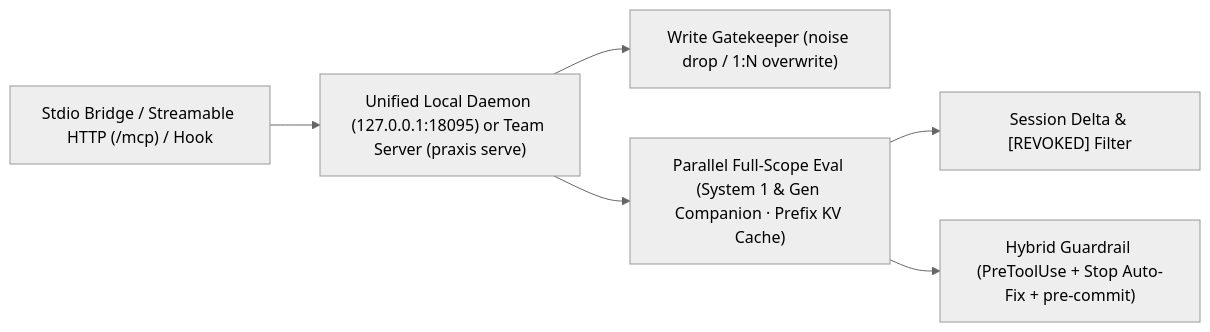
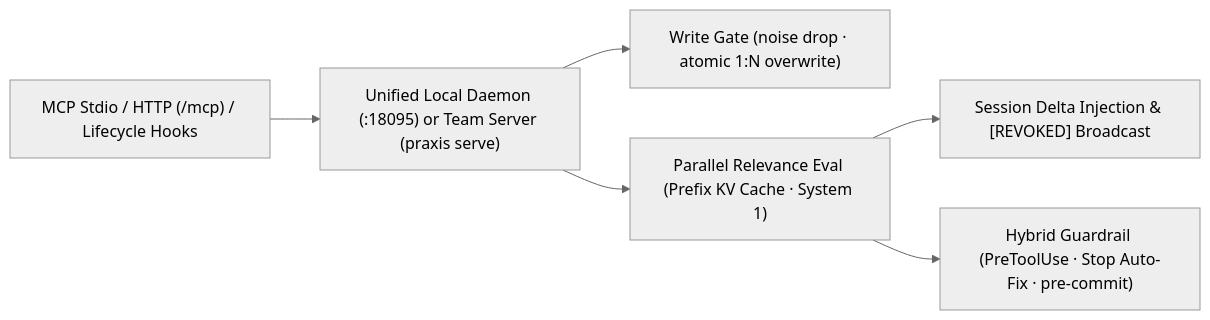
The diagram in ARCHITECTURE.md (marbasdev/memorize), drawn with Mermaid (neutral theme) before and after one commit. The commit also changed other lines of this file and 17 other files, not shown here.

````diff
--- a/ARCHITECTURE.md
+++ b/ARCHITECTURE.md
@@ -7,8 +7,8 @@
 ```mermaid
 flowchart LR
-    A["Stdio Bridge / Streamable HTTP (/mcp) / Hook"] --> B["Unified Local Daemon (127.0.0.1:18095) or Team Server (praxis serve)"]
-    B --> C["Write Gatekeeper (noise drop / 1:N overwrite)"]
-    B --> D["Parallel Full-Scope Eval (System 1 & Gen Companion · Prefix KV Cache)"]
-    D --> E["Session Delta & [REVOKED] Filter"]
-    D --> F["Hybrid Guardrail (PreToolUse + Stop Auto-Fix + pre-commit)"]
+    A["MCP Stdio / HTTP (/mcp) / Lifecycle Hooks"] --> B["Unified Local Daemon (:18095) or Team Server (praxis serve)"]
+    B --> C["Write Gate (noise drop · atomic 1:N overwrite)"]
+    B --> D["Parallel Relevance Eval (Prefix KV Cache · System 1)"]
+    D --> E["Session Delta Injection & [REVOKED] Broadcast"]
+    D --> F["Hybrid Guardrail (PreToolUse · Stop Auto-Fix · pre-commit)"]
 ```
````
